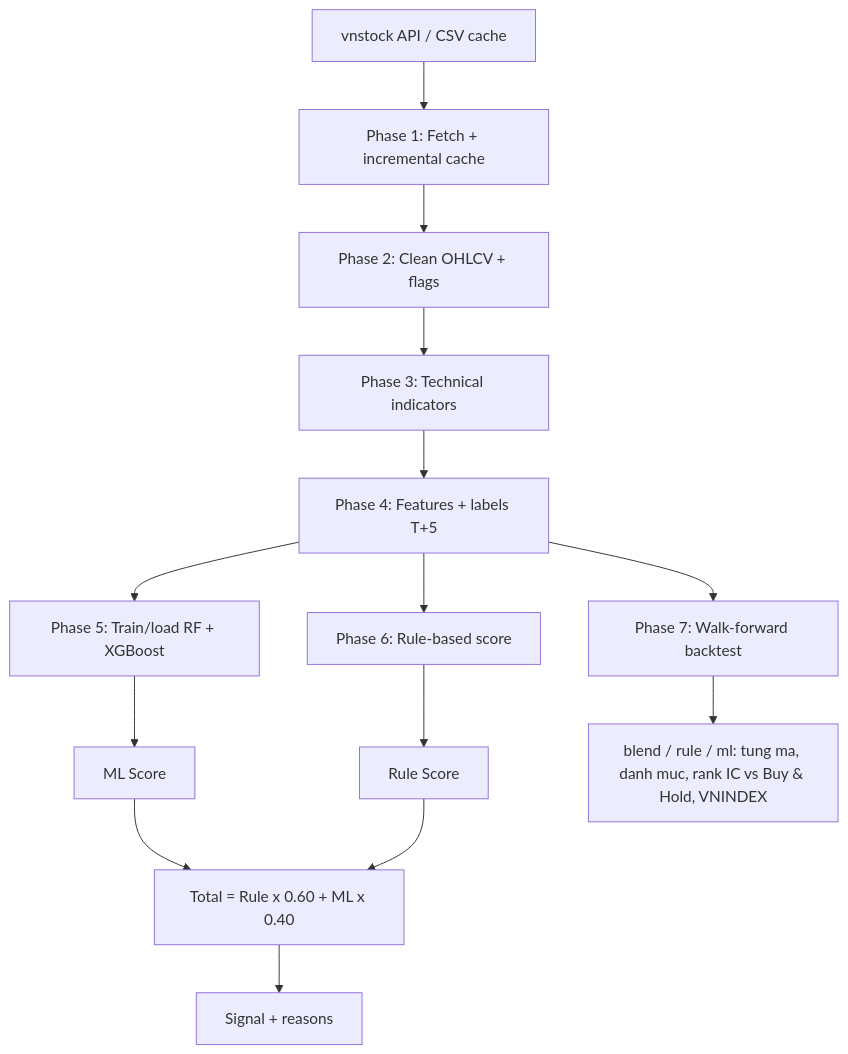
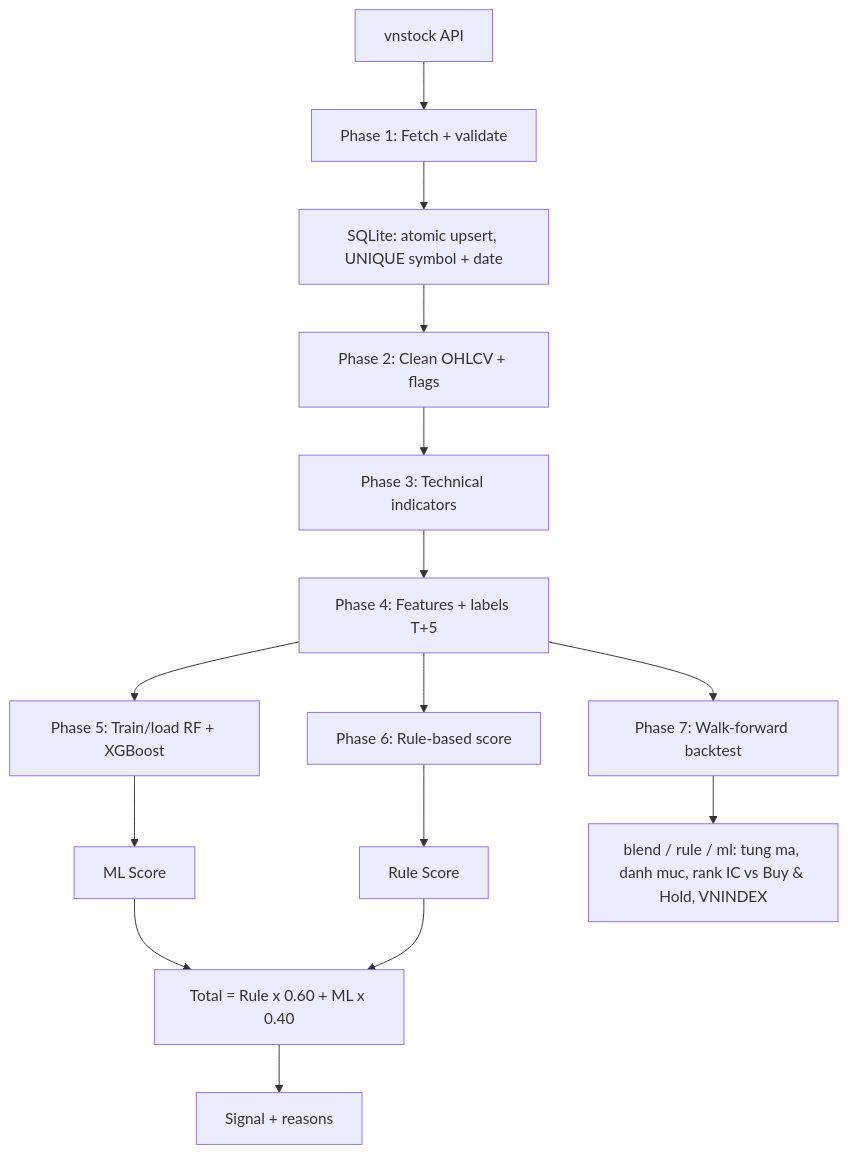
One commit to DuykoNgu/Dss changed the diagram in README.md. Above: the diagram before and after it, drawn with Mermaid. The commit also changed other lines of this file and 15 other files, not shown here.

````diff
--- a/README.md
+++ b/README.md
@@ -221,16 +221,17 @@
 ```mermaid
 flowchart TD
-    A["vnstock API / CSV cache"] --> B["Phase 1: Fetch + incremental cache"]
-    B --> C["Phase 2: Clean OHLCV + flags"]
+    A["vnstock API"] --> B["Phase 1: Fetch + validate"]
+    B --> S["SQLite: atomic upsert, UNIQUE symbol + date"]
+    S --> C["Phase 2: Clean OHLCV + flags"]
     C --> D["Phase 3: Technical indicators"]
     D --> E["Phase 4: Features + labels T+5"]
     E --> F["Phase 5: Train/load RF + XGBoost"]
     E --> G["Phase 6: Rule-based score"]
     F --> H["ML Score"]
     G --> I["Rule Score"]
     H --> J["Total = Rule x 0.60 + ML x 0.40"]
     I --> J
     J --> K["Signal + reasons"]
     E --> L["Phase 7: Walk-forward backtest"]
     L --> M["blend / rule / ml: tung ma, danh muc, rank IC vs Buy & Hold, VNINDEX"]
 ```
````
